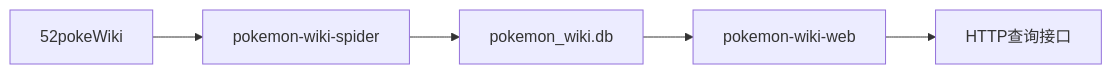
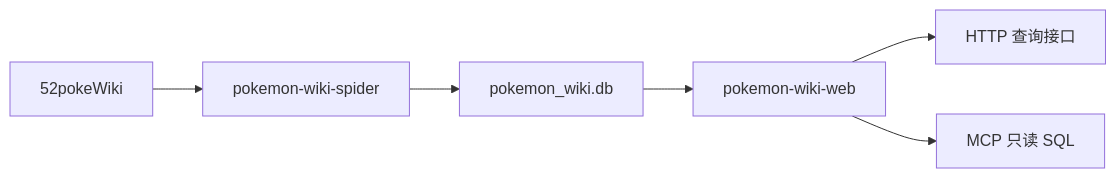
One commit to zqf20096327/dbhub_collect changed the diagram in data/readmes/fantasticmao__pokemon-wiki.md. Above: the diagram before and after it, drawn with Mermaid. The commit also changed other lines of this file and 402 other files, not shown here.

````diff
--- a/data/readmes/fantasticmao__pokemon-wiki.md
+++ b/data/readmes/fantasticmao__pokemon-wiki.md
@@ -66,7 +79,8 @@
 ```mermaid
 flowchart LR
     wiki[52pokeWiki] --> spider[pokemon-wiki-spider]
     spider --> db[pokemon_wiki.db]
     db --> web[pokemon-wiki-web]
-    web --> api[HTTP查询接口]
+    web --> api[HTTP 查询接口]
+    web --> mcp[MCP 只读 SQL]
 ```
````
